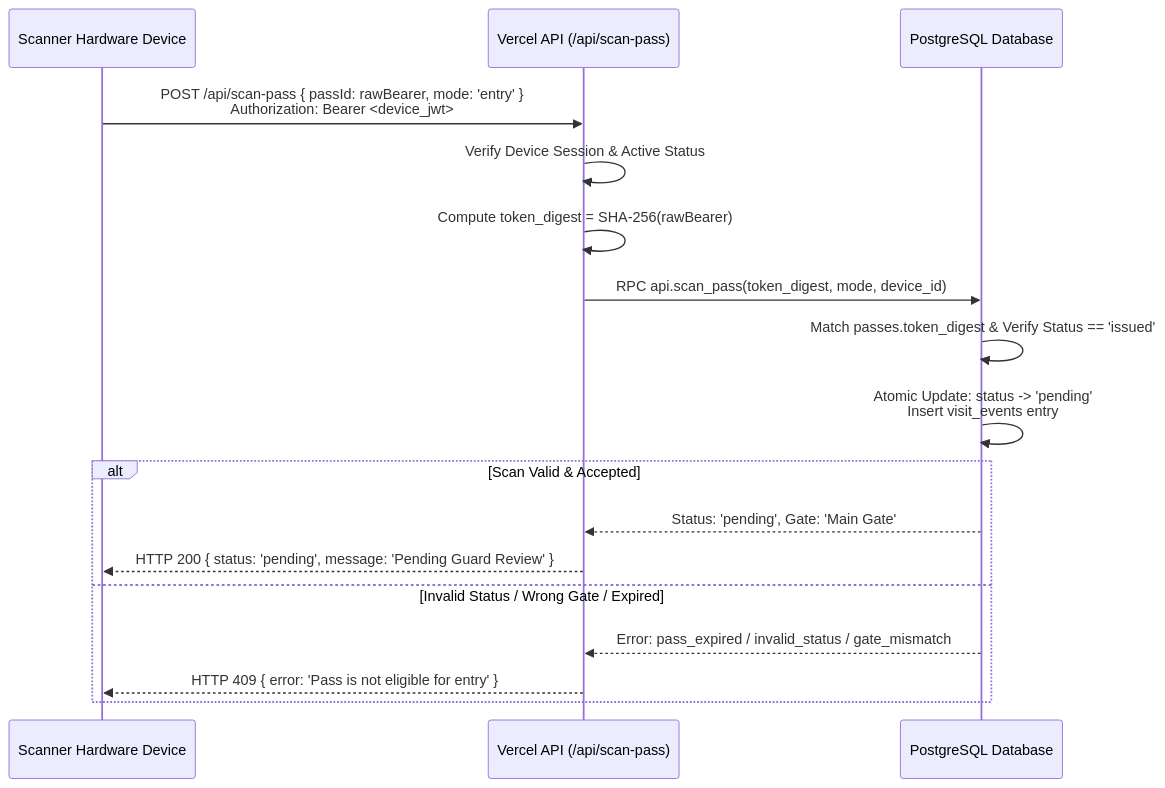
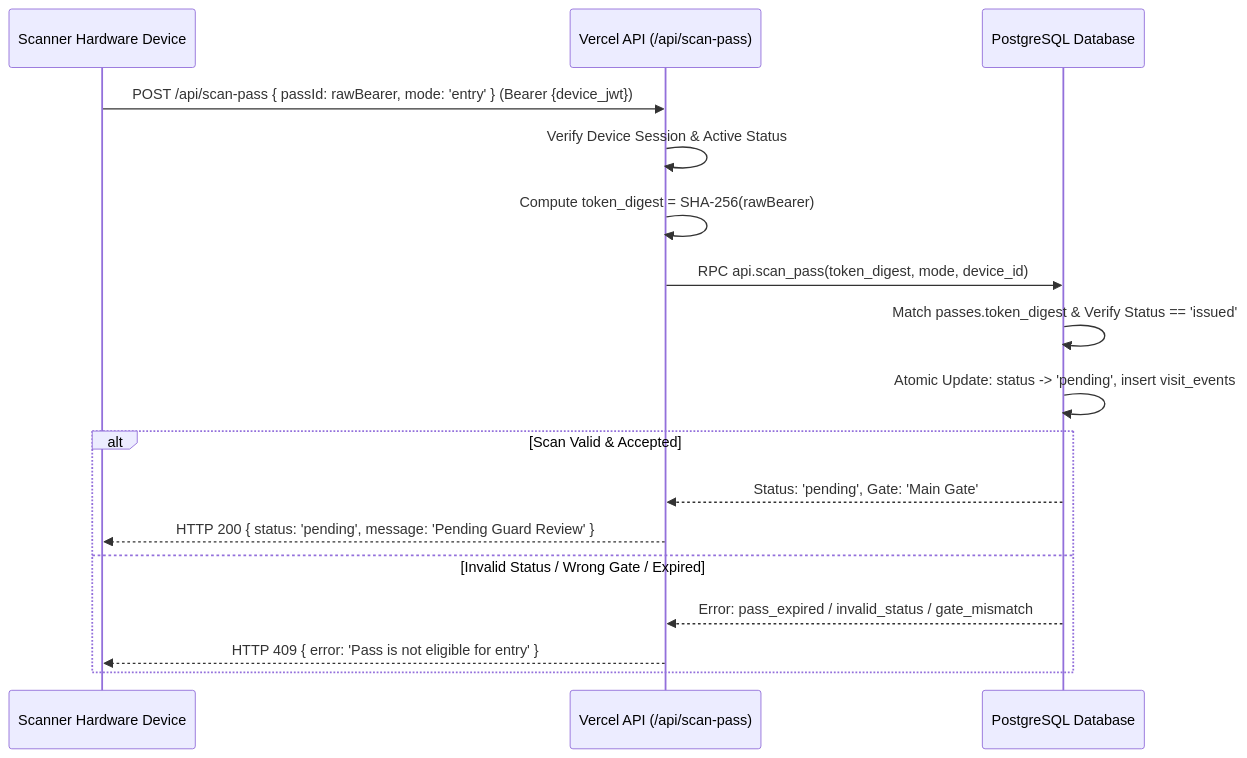
Before and after one commit to jsphhbna/egatepass: the sixth of 13 diagrams in docs/SECURITY.md, drawn with Mermaid. The commit also changed other lines of this file and 12 other files, not shown here.

Commit message:
docs: fix Mermaid rendering and documentation drift

````diff
--- a/docs/SECURITY.md
+++ b/docs/SECURITY.md
@@ -210,21 +210,21 @@
 ```mermaid
 sequenceDiagram
     participant D as Scanner Hardware Device
     participant API as Vercel API (/api/scan-pass)
     participant DB as PostgreSQL Database
 
-    D->>API: POST /api/scan-pass { passId: rawBearer, mode: 'entry' }<br/>Authorization: Bearer <device_jwt>
+    D->>API: POST /api/scan-pass { passId: rawBearer, mode: 'entry' } (Bearer {device_jwt})
     API->>API: Verify Device Session & Active Status
     API->>API: Compute token_digest = SHA-256(rawBearer)
     API->>DB: RPC api.scan_pass(token_digest, mode, device_id)
     DB->>DB: Match passes.token_digest & Verify Status == 'issued'
-    DB->>DB: Atomic Update: status -> 'pending'<br/>Insert visit_events entry
+    DB->>DB: Atomic Update: status -> 'pending', insert visit_events
 
     alt Scan Valid & Accepted
         DB-->>API: Status: 'pending', Gate: 'Main Gate'
         API-->>D: HTTP 200 { status: 'pending', message: 'Pending Guard Review' }
     else Invalid Status / Wrong Gate / Expired
         DB-->>API: Error: pass_expired / invalid_status / gate_mismatch
         API-->>D: HTTP 409 { error: 'Pass is not eligible for entry' }
     end
 ```
````
